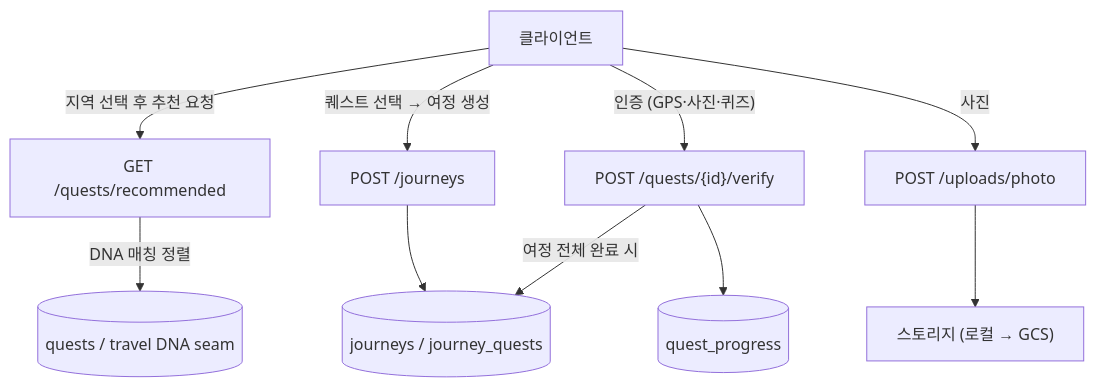
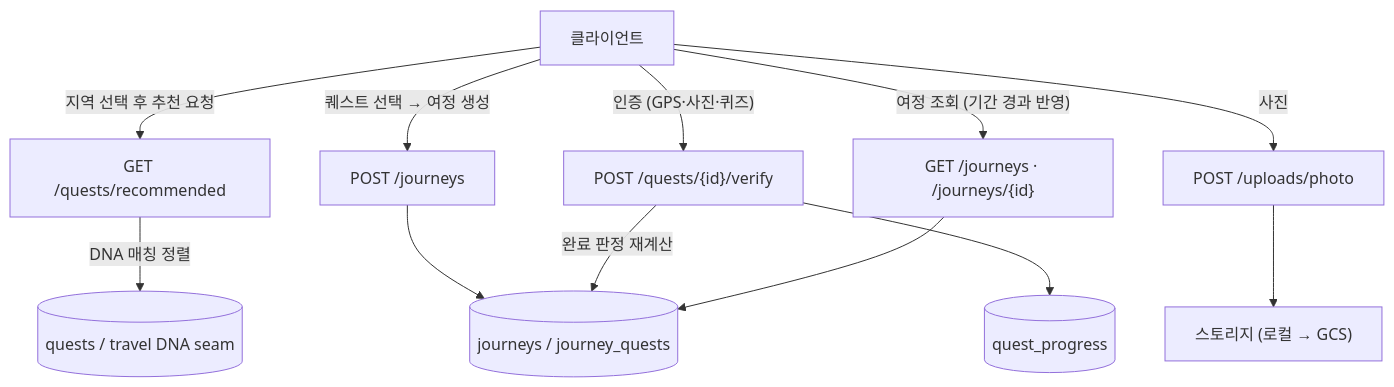
One commit to Rainbow-Developer/ColorTrip changed the diagram in docs/specs/010-journey/plan.md. Above: the diagram before and after it, drawn with Mermaid. The commit also changed other lines of this file and 20 other files, not shown here.

````diff
--- a/docs/specs/010-journey/plan.md
+++ b/docs/specs/010-journey/plan.md
@@ -83,11 +86,12 @@
 ```mermaid
 flowchart TD
     C["클라이언트"] -->|"지역 선택 후 추천 요청"| REC["GET /quests/recommended"]
     REC -->|"DNA 매칭 정렬"| DB[("quests / travel DNA seam")]
     C -->|"퀘스트 선택 → 여정 생성"| J["POST /journeys"]
     J --> JDB[("journeys / journey_quests")]
     C -->|"인증 (GPS·사진·퀴즈)"| V["POST /quests/{id}/verify"]
     V --> P[("quest_progress")]
-    V -->|"여정 전체 완료 시"| JDB
+    V -->|"완료 판정 재계산"| JDB
+    C -->|"여정 조회 (기간 경과 반영)"| L["GET /journeys · /journeys/{id}"] --> JDB
     C -->|"사진"| U["POST /uploads/photo"] --> S["스토리지 (로컬 → GCS)"]
 ```
````
